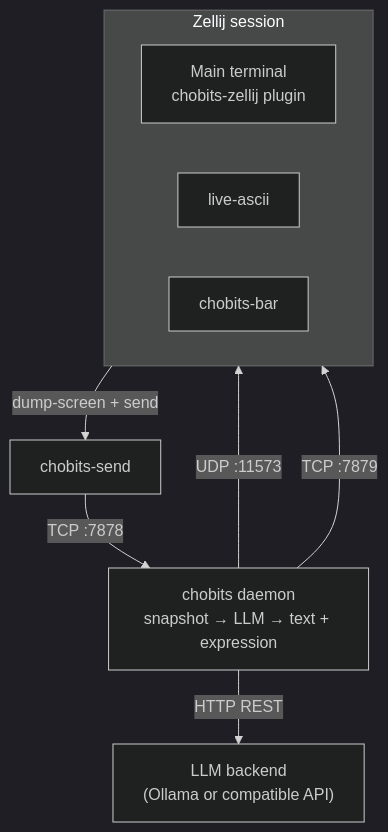
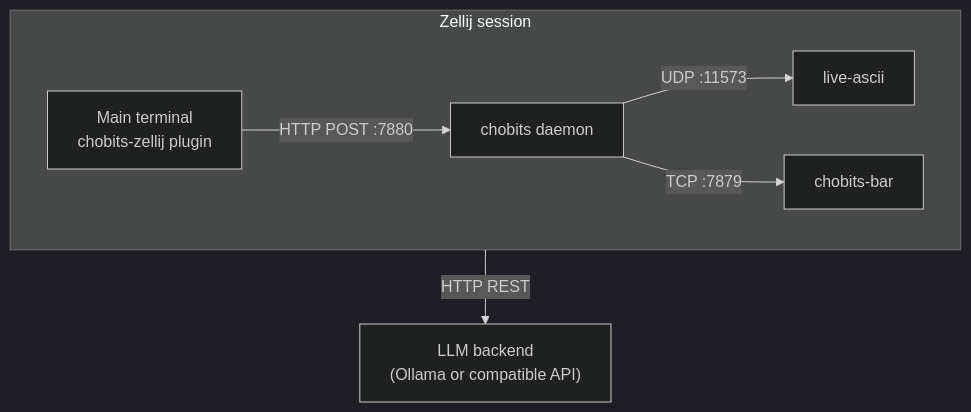
One commit to NewComer00/Chobits changed the diagram in README.md. Above: the diagram before and after it, drawn with Mermaid (dark theme). The commit also changed other lines of this file and 37 other files, not shown here.

First line of the commit message:
feat: replace chobits-send with direct HTTP snapshot transport

````diff
--- a/README.md
+++ b/README.md
@@ -566,19 +583,17 @@
 ```mermaid
 flowchart TB
     subgraph Zellij["Zellij session"]
         direction LR
         Terminal["Main terminal<br/>chobits-zellij plugin"]
+        Daemon["chobits daemon"]
         LiveAscii["live-ascii"]
         Bar["chobits-bar"]
     end
 
-    Send["chobits-send"]
-    Daemon["chobits daemon<br/>snapshot → LLM → text + expression"]
     LLM["LLM backend<br/>(Ollama or compatible API)"]
 
-    Terminal -->|"dump-screen + send"| Send
-    Send -->|"TCP :7878"| Daemon
+    Terminal -->|"HTTP POST :7880"| Daemon
     Daemon -->|"HTTP REST"| LLM
     Daemon -->|"UDP :11573"| LiveAscii
     Daemon -->|"TCP :7879"| Bar
 ```
````
